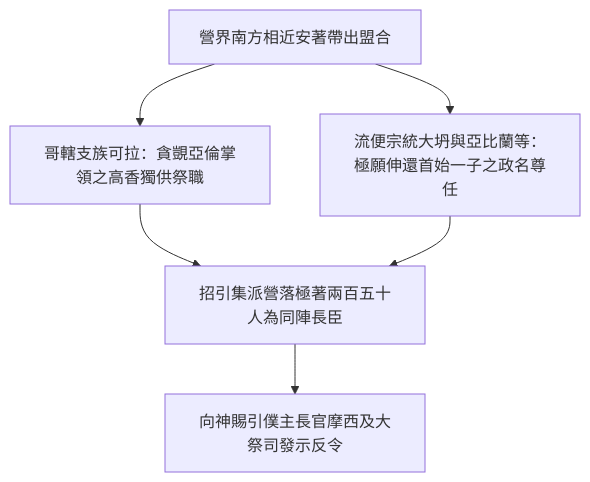
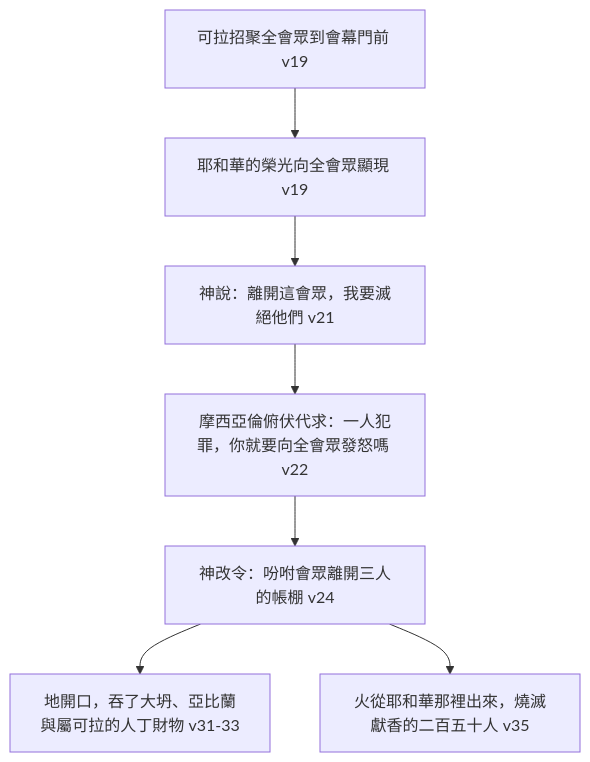
The diagram in content/04 民數記/第16章.md (andyjr5566/Bible_wiki_zh_website), drawn with Mermaid before and after one commit. The commit also changed other lines of this file and 517 other files, not shown here.

````diff
--- a/content/04 民數記/第16章.md
+++ b/content/04 民數記/第16章.md
@@ -89,8 +160,9 @@
 ```mermaid
 flowchart TD
-    A["營界南方相近安著帶出盟合"] --> B["哥轄支族可拉：貪覬亞倫掌領之高香獨供祭職"]
-    A --> C["流便宗統大坍與亞比蘭等：極願伸還首始一子之政名尊任"]
-    B --> D["招引集派營落極著兩百五十人為同陣長臣"]
-    C --> D
-    D --> E["向神賜引僕主長官摩西及大祭司發示反令"]
+    A["可拉招聚全會眾到會幕門前 v19"] --> B["耶和華的榮光向全會眾顯現 v19"]
+    B --> C["神說：離開這會眾，我要滅絕他們 v21"]
+    C --> D["摩西亞倫俯伏代求：一人犯罪，你就要向全會眾發怒嗎 v22"]
+    D --> E["神改令：吩咐會眾離開三人的帳棚 v24"]
+    E --> F["地開口，吞了大坍、亞比蘭與屬可拉的人丁財物 v31-33"]
+    E --> G["火從耶和華那裡出來，燒滅獻香的二百五十人 v35"]
 ```
````
